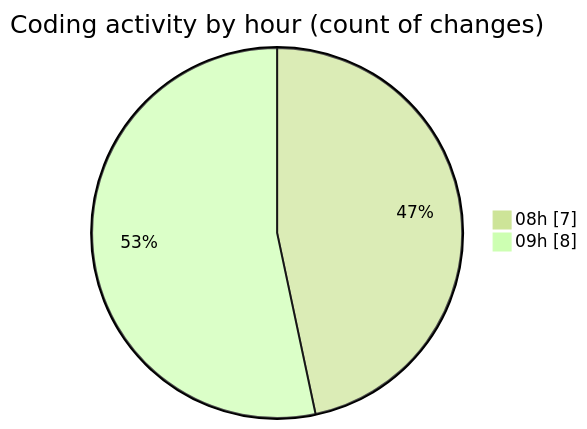
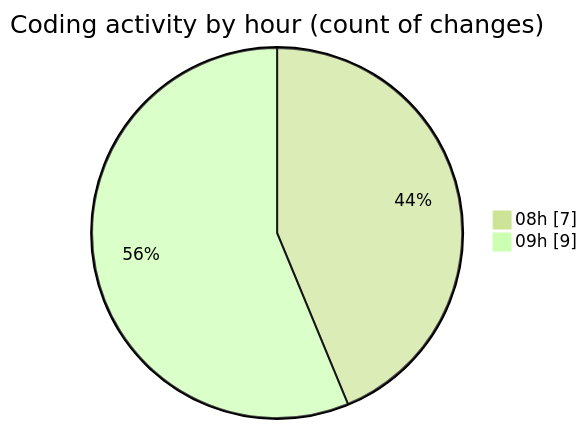
Before and after one commit to momahboobian/code-tracking: the second of 2 diagrams in 2025-11-11/cda/README.md, drawn with Mermaid (forest theme). The commit also changed other lines of this file and 1 other file, not shown here.

````diff
--- a/2025-11-11/cda/README.md
+++ b/2025-11-11/cda/README.md
@@ -30,6 +30,6 @@
 ```mermaid
 pie showData
 title Coding activity by hour (count of changes)
 "08h" : 7
-"09h" : 8
+"09h" : 9
 ```
````
